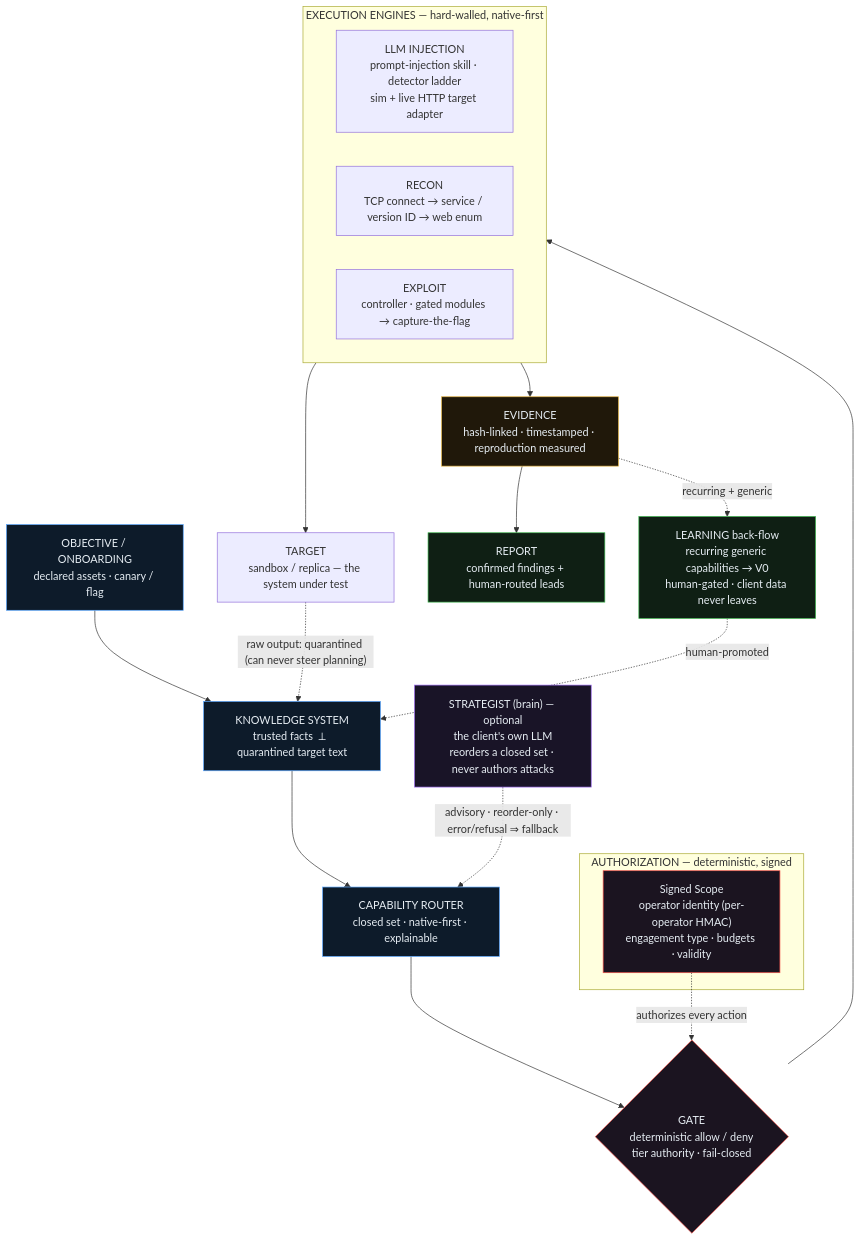
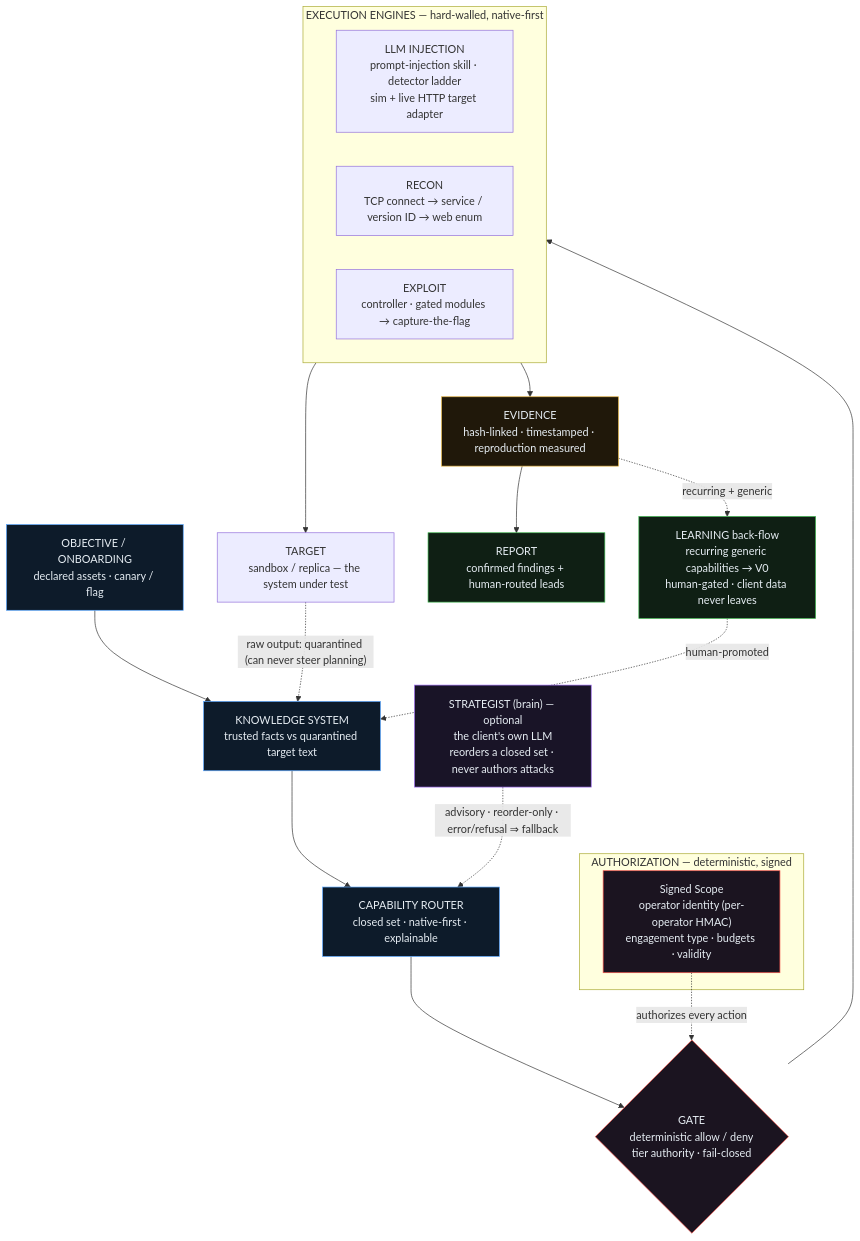
One commit to Haryshwa29/Red-AI changed the diagram in docs/ARCHITECTURE_DIAGRAM.md. Above: the diagram before and after it, drawn with Mermaid. The commit also changed other lines of this file and 2 other files, not shown here.

Commit message:
docs: redraw architecture as a vertical scroll flowchart + fix click-to-open
- Rebuild docs/architecture.svg as a top-to-bottom flowchart that reads along
  the scroll (viewBox 840x1320), with large, legible labels and descending
  SMIL data pulses down the spine.
- Fix the full-size click target: the image now links to the GitHub blob view
  (raw.githubusercontent.com 404s on a private repo).
- Reroute the quarantine arrow into the clear corridor so it no longer crosses
  the STRATEGIST/TARGET boxes; drop a font glyph that didn't render.

Claude-Session: https://claude.ai/code/session_01Xv4sG4y6GM2Zx1LZuqMxqx

````diff
--- a/docs/ARCHITECTURE_DIAGRAM.md
+++ b/docs/ARCHITECTURE_DIAGRAM.md
@@ -22,40 +22,40 @@
 ```mermaid
 flowchart TB
   subgraph AUTH["AUTHORIZATION — deterministic, signed"]
     SC["Signed Scope<br/>operator identity (per-operator HMAC)<br/>engagement type · budgets · validity"]
   end
 
   OBJ["OBJECTIVE / ONBOARDING<br/>declared assets · canary / flag"]
-  KN["KNOWLEDGE SYSTEM<br/>trusted facts  ⟂  quarantined target text"]
+  KN["KNOWLEDGE SYSTEM<br/>trusted facts vs quarantined target text"]
   BR["STRATEGIST (brain) — optional<br/>the client's own LLM<br/>reorders a closed set · never authors attacks"]
   RT["CAPABILITY ROUTER<br/>closed set · native-first · explainable"]
   GATE{"GATE<br/>deterministic allow / deny<br/>tier authority · fail-closed"}
 
   subgraph ENG["EXECUTION ENGINES — hard-walled, native-first"]
     LLM["LLM INJECTION<br/>prompt-injection skill · detector ladder<br/>sim + live HTTP target adapter"]
     REC["RECON<br/>TCP connect → service / version ID → web enum"]
     EXP["EXPLOIT<br/>controller · gated modules → capture-the-flag"]
   end
 
   TGT["TARGET<br/>sandbox / replica — the system under test"]
   EV["EVIDENCE<br/>hash-linked · timestamped · reproduction measured"]
   REP["REPORT<br/>confirmed findings + human-routed leads"]
   LRN["LEARNING back-flow<br/>recurring generic capabilities → V0<br/>human-gated · client data never leaves"]
 
   OBJ --> KN --> RT --> GATE
   BR -. "advisory · reorder-only · error/refusal ⇒ fallback" .-> RT
   SC -. "authorizes every action" .-> GATE
   GATE --> ENG
   ENG --> TGT
   TGT -. "raw output: quarantined (can never steer planning)" .-> KN
   ENG --> EV --> REP
   EV -. "recurring + generic" .-> LRN
   LRN -. "human-promoted" .-> KN
 
   classDef ctrl fill:#1b1420,stroke:#f85149,color:#e6edf3;
   classDef know fill:#0d1b2a,stroke:#58a6ff,color:#e6edf3;
   classDef intel fill:#191427,stroke:#a371f7,color:#e6edf3;
   classDef out fill:#0f1f14,stroke:#3fb950,color:#e6edf3;
   classDef ev fill:#20180a,stroke:#e3b341,color:#e6edf3;
   class SC,GATE ctrl; class OBJ,KN,RT know; class BR intel; class EV ev; class REP,LRN out;
 ```
````
